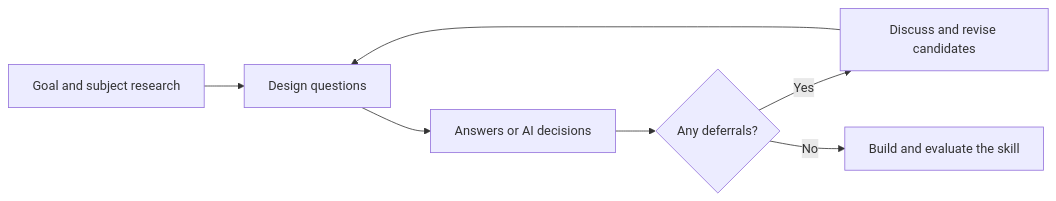
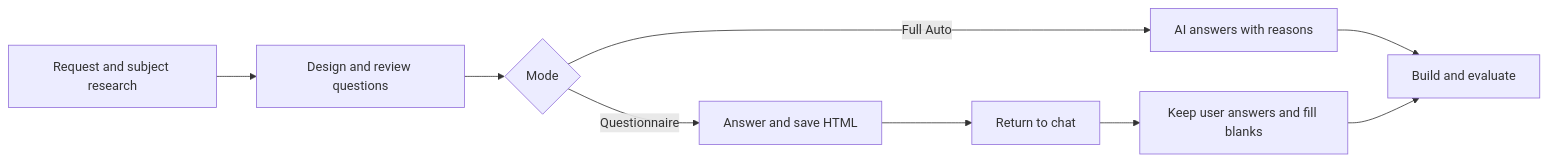
One commit to Bravery724/any-skill-builder changed the diagram in README.md. Above: the diagram before and after it, drawn with Mermaid. The commit also changed other lines of this file and 56 other files, not shown here.

Commit message:
Release v0.3.0 with Full Auto and saved HTML workflows

````diff
--- a/README.md
+++ b/README.md
@@ -116,9 +122,11 @@
 ```mermaid
 flowchart LR
-    A[Goal and subject research] --> B[Design questions]
-    B --> C[Answers or AI decisions]
-    C --> D{Any deferrals?}
-    D -->|Yes| E[Discuss and revise candidates]
-    E --> B
-    D -->|No| F[Build and evaluate the skill]
+    A[Request and subject research] --> B[Design and review questions]
+    B --> C{Mode}
+    C -->|Full Auto| D[AI answers with reasons]
+    C -->|Questionnaire| E[Answer and save HTML]
+    E --> F[Return to chat]
+    F --> G[Keep user answers and fill blanks]
+    D --> H[Build and evaluate]
+    G --> H
 ```
````
